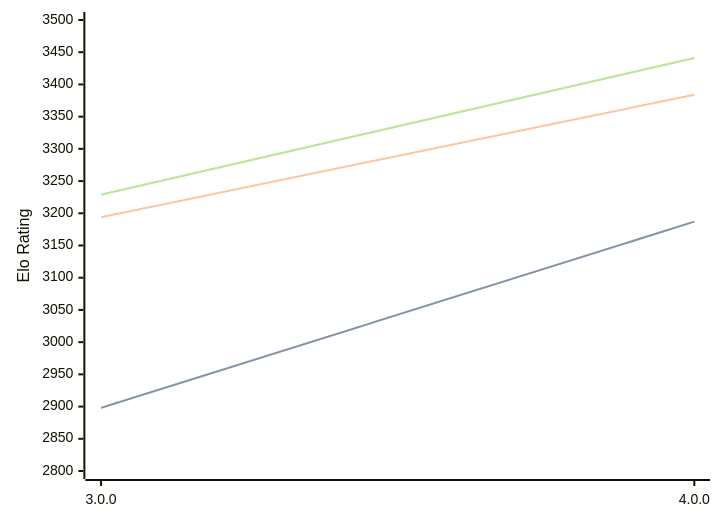
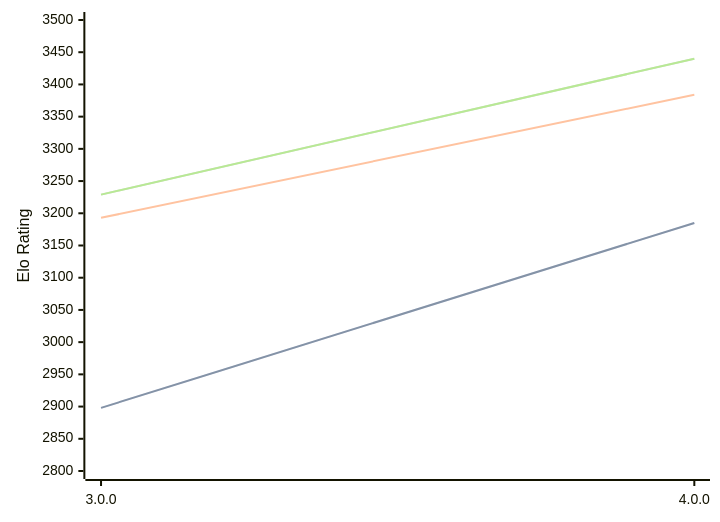
Before and after one commit to computer-chess-index/cci: the diagram in engines/Avalanche.md, drawn with Mermaid. The commit also changed other lines of this file, not shown here.

Commit message:
Update CCI Ratings (ELO VLTC) - 2026-09-11

````diff
--- a/engines/Avalanche.md
+++ b/engines/Avalanche.md
@@ -32,11 +32,11 @@
 ```mermaid
 %%{init: {"theme":"base","themeVariables":{"seriesColors:['#a3a3a3','#222221','#faa371']}}}%%
 xychart-beta
   x-axis ["3.0.0", "4.0.0"]
   y-axis "Elo Rating" 2800 --> 3500
-  line "" [2898, 3187]
-  line "STC (8.0+0.08s)" [2898, 3187]
-  line "LTC (60.0+0.60s)" [3194, 3384]
-  line "" [3229, 3441]
-  line "VLTC (2m24s+1.12s)" [3229, 3441]
+  line "" [2898, 3185]
+  line "STC (8.0+0.08s)" [2898, 3185]
+  line "LTC (60.0+0.60s)" [3193, 3384]
+  line "" [3229, 3440]
+  line "VLTC (2m24s+1.12s)" [3229, 3440]
 ```
````
